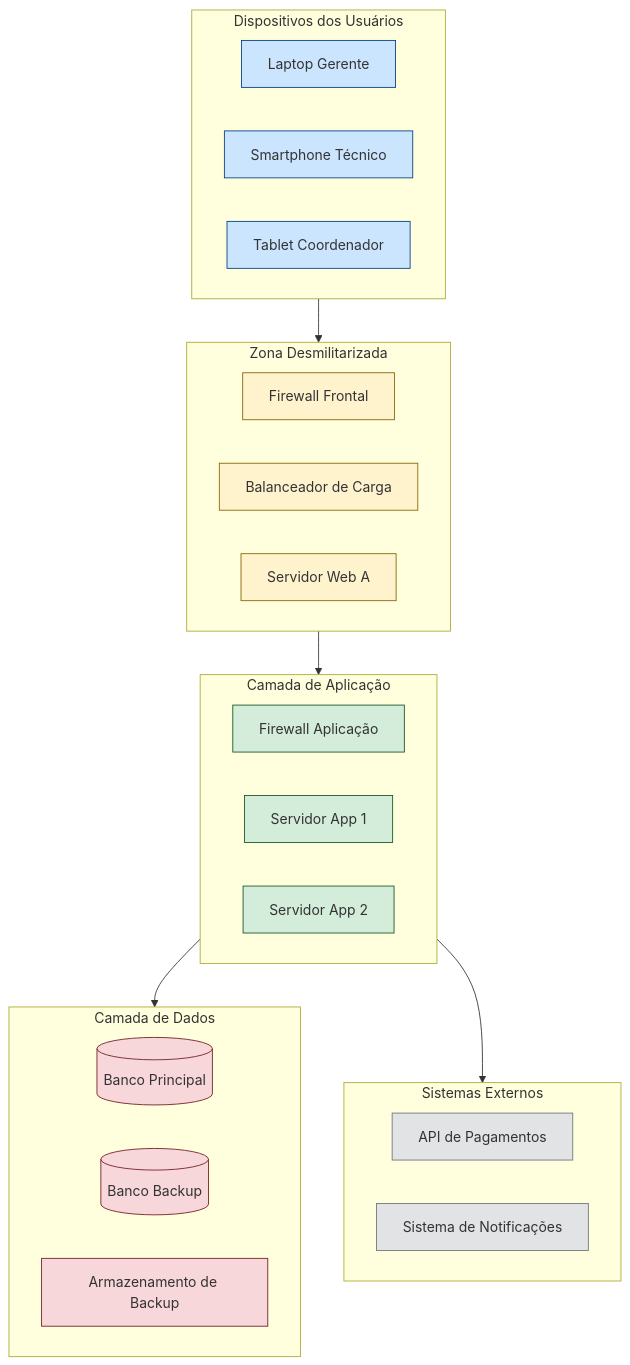
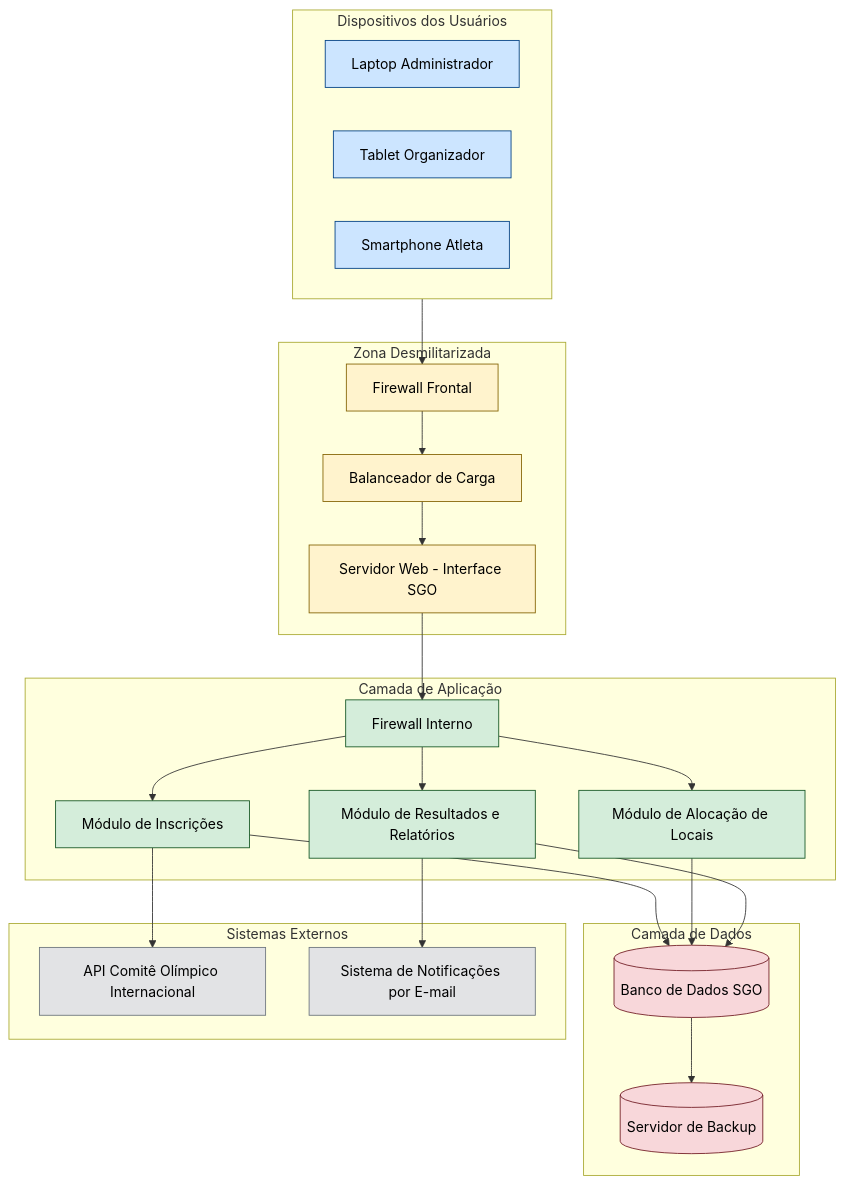
One commit to DiogoBrunoro/Sistema-de-Gest-o-das-Olimp-adas-SGO- changed the fifth of 5 diagrams in README.md. Above: the diagram before and after it, drawn with Mermaid. The commit also changed other lines of this file, not shown here.

Commit message:
Revise README for clarity and structure

````diff
--- a/README.md
+++ b/README.md
@@ -165,60 +178,67 @@
 ```mermaid
 
 flowchart TB
     %% --- Camada do Usuário ---
     subgraph USERS [Dispositivos dos Usuários]
-        LPT[Laptop Gerente]
-        PHN[Smartphone Técnico]
-        TAB[Tablet Coordenador]
+        ADM[Laptop Administrador]
+        ORG[Tablet Organizador]
+        ATL[Smartphone Atleta]
     end
 
-    %% --- Zona Desmilitarizada ---
+    %% --- Zona Desmilitarizada (Acesso Web) ---
     subgraph DMZ [Zona Desmilitarizada]
         FW1[Firewall Frontal]
         LB[Balanceador de Carga]
-        WS1[Servidor Web A]
+        WEB["Servidor Web - Interface SGO"]
     end
 
-    %% --- Camada de Aplicação ---
+    %% --- Camada de Aplicação (Lógica do Sistema) ---
     subgraph APP [Camada de Aplicação]
-        FW2[Firewall Aplicação]
-        AS1[Servidor App 1]
-        AS2[Servidor App 2]
+        FW2[Firewall Interno]
+        MOD1["Módulo de Inscrições"]
+        MOD2["Módulo de Alocação de Locais"]
+        MOD3["Módulo de Resultados e Relatórios"]
     end
 
     %% --- Camada de Dados ---
     subgraph DATA [Camada de Dados]
-        DB1[(Banco Principal)]
-        DB2[(Banco Backup)]
-        BS[Armazenamento de Backup]
+        DB1[("Banco de Dados SGO")]
+        BKP[("Servidor de Backup")]
     end
 
-    %% --- Sistemas Externos ---
+    %% --- Sistemas Externos (Integrações futuras) ---
     subgraph EXT [Sistemas Externos]
-        API1[API de Pagamentos]
-        API2[Sistema de Notificações]
+        API1["API Comitê Olímpico Internacional"]
+        API2["Sistema de Notificações por E-mail"]
     end
 
     %% --- Conexões ---
-    USERS --> DMZ
-    DMZ --> APP
-    APP --> DATA
-    APP --> EXT
+    USERS --> FW1
+    FW1 --> LB
+    LB --> WEB
+    WEB --> FW2
+    FW2 --> MOD1
+    FW2 --> MOD2
+    FW2 --> MOD3
+    MOD1 --> DB1
+    MOD2 --> DB1
+    MOD3 --> DB1
+    DB1 --> BKP
+    MOD3 --> API2
+    MOD1 --> API1
 
-    %% --- Definição de cores ---
-    classDef user fill:#cce5ff,stroke:#004085,stroke-width:1px;
-    classDef dmz fill:#fff3cd,stroke:#856404,stroke-width:1px;
-    classDef app fill:#d4edda,stroke:#155724,stroke-width:1px;
-    classDef data fill:#f8d7da,stroke:#721c24,stroke-width:1px;
-    classDef ext fill:#e2e3e5,stroke:#6c757d,stroke-width:1px;
+    %% --- Definição de cores (com texto preto) ---
+    classDef user fill:#cce5ff,stroke:#004085,stroke-width:1px,color:#000;
+    classDef dmz fill:#fff3cd,stroke:#856404,stroke-width:1px,color:#000;
+    classDef app fill:#d4edda,stroke:#155724,stroke-width:1px,color:#000;
+    classDef data fill:#f8d7da,stroke:#721c24,stroke-width:1px,color:#000;
+    classDef ext fill:#e2e3e5,stroke:#6c757d,stroke-width:1px,color:#000;
 
     %% --- Aplicando cores ---
-    class LPT,PHN,TAB user;
-    class FW1,LB,WS1 dmz;
-    class FW2,AS1,AS2 app;
-    class DB1,DB2,BS data;
+    class ADM,ORG,ATL user;
+    class FW1,LB,WEB dmz;
+    class FW2,MOD1,MOD2,MOD3 app;
+    class DB1,BKP data;
     class API1,API2 ext;
 
-
-
-```
+   ```
````
